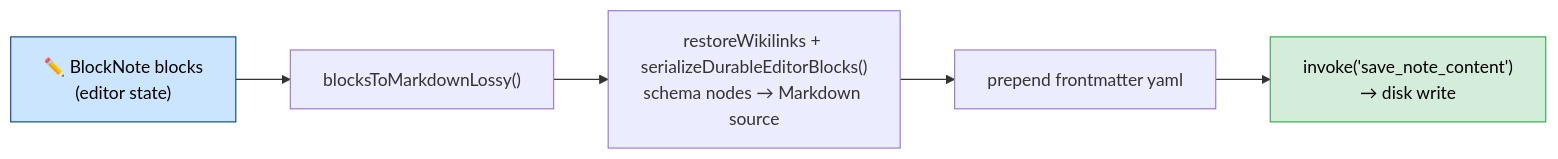
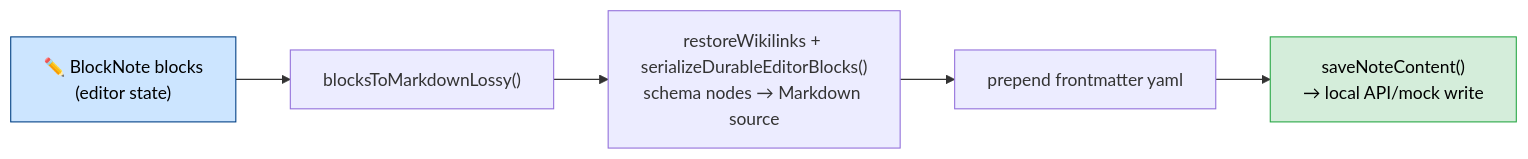
The third of 3 diagrams in docs/ABSTRACTIONS.md (kohz87/Artemis), drawn with Mermaid before and after one commit. The commit also changed other lines of this file and 362 other files, not shown here.

````diff
--- a/docs/ABSTRACTIONS.md
+++ b/docs/ABSTRACTIONS.md
@@ -608,10 +590,10 @@
 ```mermaid
 flowchart LR
     A["✏️ BlockNote blocks\n(editor state)"] --> B["blocksToMarkdownLossy()"]
     B --> C["restoreWikilinks + serializeDurableEditorBlocks()\nschema nodes → Markdown source"]
     C --> D["prepend frontmatter yaml"]
-    D --> E["invoke('save_note_content')\n→ disk write"]
+    D --> E["saveNoteContent()\n→ local API/mock write"]
 
     style A fill:#cce5ff,stroke:#004085,color:#000
     style E fill:#d4edda,stroke:#28a745,color:#000
 ```
````
